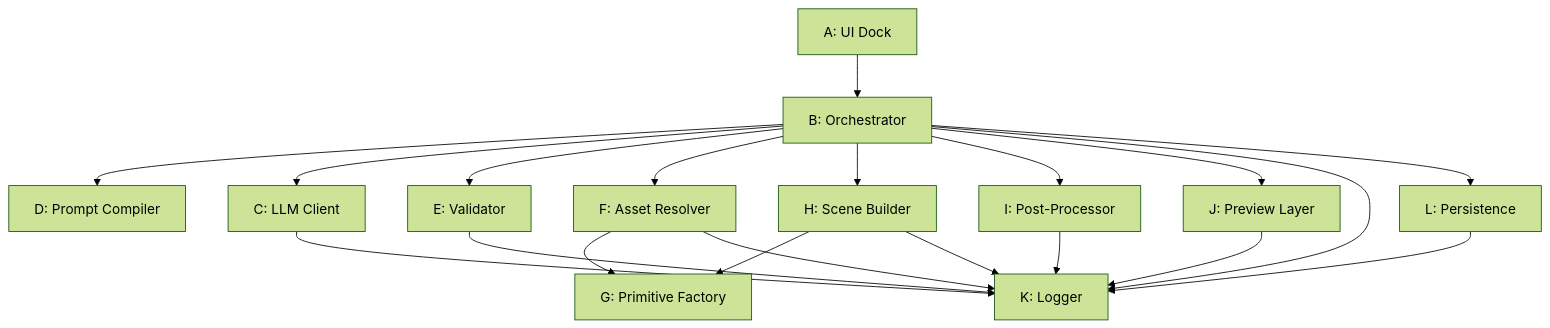
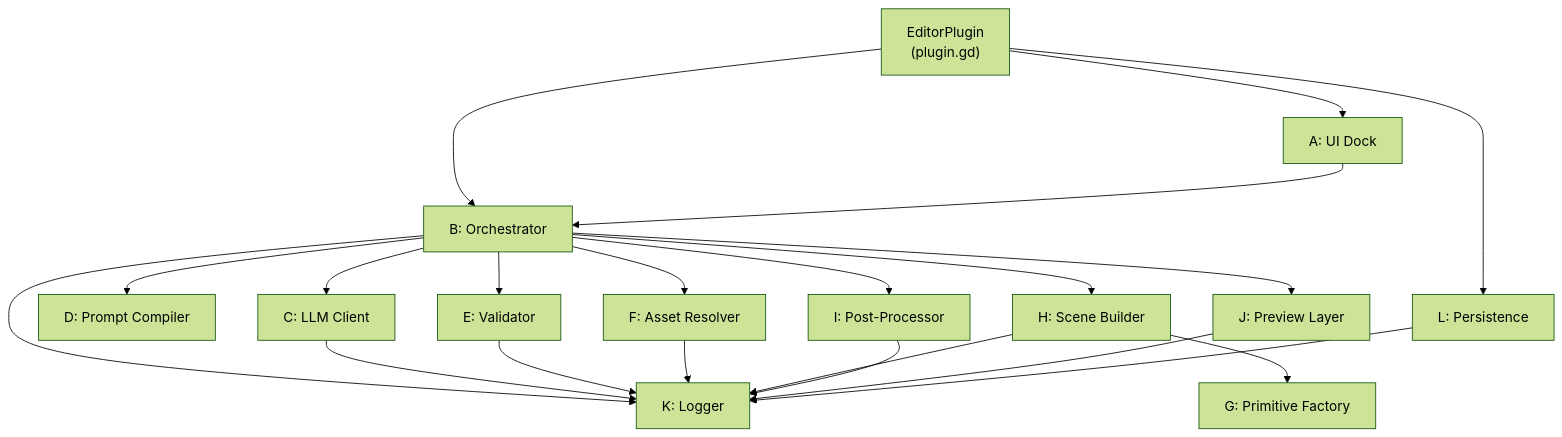
The seventh of 7 diagrams in ARCHITECTURE_INTEGRATED.md (AstroGolem224/Project_X), drawn with Mermaid (forest theme) before and after one commit. The commit also changed other lines of this file and 5 other files, not shown here.

````diff
--- a/ARCHITECTURE_INTEGRATED.md
+++ b/ARCHITECTURE_INTEGRATED.md
@@ -1927,38 +1935,40 @@
 ```mermaid
 graph TB
   UIDock["A: UI Dock"]
   Orchestrator["B: Orchestrator"]
   LLMClient["C: LLM Client"]
   PromptCompiler["D: Prompt Compiler"]
   Validator["E: Validator"]
   AssetResolver["F: Asset Resolver"]
   PrimitiveFactory["G: Primitive Factory"]
   SceneBuilder["H: Scene Builder"]
   PostProcessor["I: Post-Processor"]
   PreviewLayer["J: Preview Layer"]
   Logger["K: Logger"]
   Persistence["L: Persistence"]
 
+  Plugin["EditorPlugin\n(plugin.gd)"]
+
+  Plugin --> UIDock
+  Plugin --> Orchestrator
+  Plugin --> Persistence
   UIDock --> Orchestrator
   Orchestrator --> PromptCompiler
   Orchestrator --> LLMClient
   Orchestrator --> Validator
   Orchestrator --> AssetResolver
   Orchestrator --> SceneBuilder
   Orchestrator --> PostProcessor
   Orchestrator --> PreviewLayer
   Orchestrator --> Logger
-  Orchestrator --> Persistence
-
-  AssetResolver --> PrimitiveFactory
 
   SceneBuilder --> PrimitiveFactory
 
   LLMClient --> Logger
   Validator --> Logger
   AssetResolver --> Logger
   SceneBuilder --> Logger
   PostProcessor --> Logger
   PreviewLayer --> Logger
   Persistence --> Logger
 ```
````
